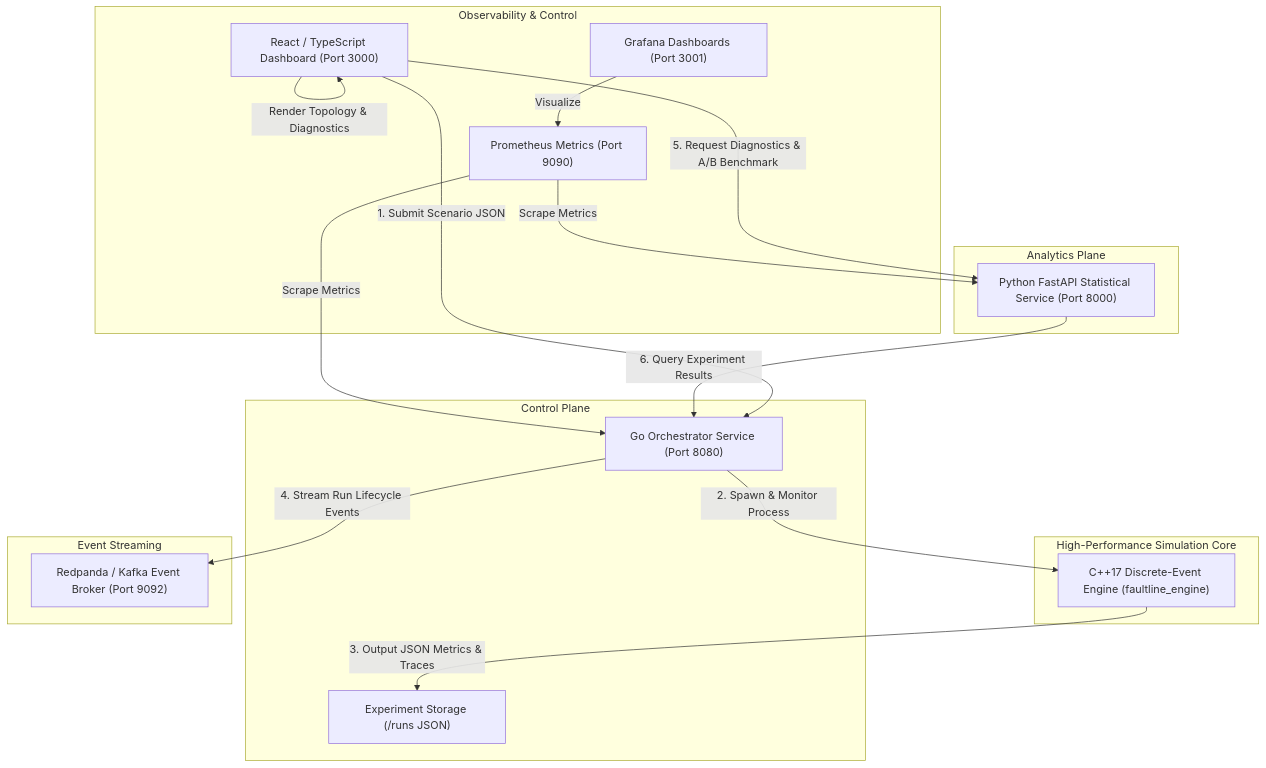
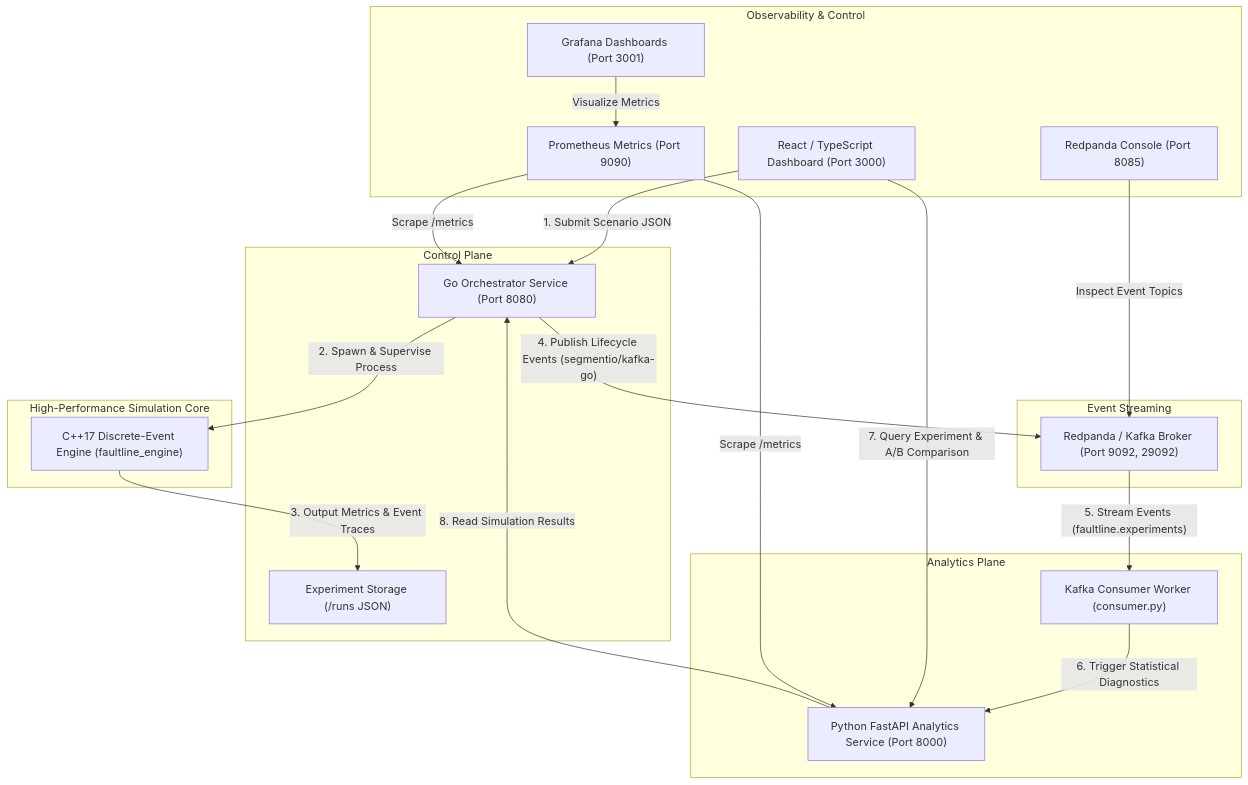
The diagram in README.md (rahul-1909/faultline-simulator), drawn with Mermaid before and after one commit. The commit also changed other lines of this file and 7 other files, not shown here.

Commit message:
fix(pipeline): add kafka consumer service, dynamic topic configuration, e2e lifecycle tests, and compose CI check

````diff
--- a/README.md
+++ b/README.md
@@ -32,36 +32,40 @@
 ```mermaid
 flowchart TD
     subgraph UI ["Observability & Control"]
         Dashboard["React / TypeScript Dashboard (Port 3000)"]
         Prometheus["Prometheus Metrics (Port 9090)"]
         Grafana["Grafana Dashboards (Port 3001)"]
+        Console["Redpanda Console (Port 8085)"]
     end
 
     subgraph Orchestration ["Control Plane"]
         GoOrch["Go Orchestrator Service (Port 8080)"]
         Runs["Experiment Storage (/runs JSON)"]
     end
 
     subgraph Simulation ["High-Performance Simulation Core"]
         CPPEngine["C++17 Discrete-Event Engine (faultline_engine)"]
     end
 
     subgraph Streaming ["Event Streaming"]
-        Redpanda["Redpanda / Kafka Event Broker (Port 9092)"]
+        Redpanda["Redpanda / Kafka Broker (Port 9092, 29092)"]
     end
 
     subgraph Analytics ["Analytics Plane"]
-        PyAnalytics["Python FastAPI Statistical Service (Port 8000)"]
+        PyAnalytics["Python FastAPI Analytics Service (Port 8000)"]
+        PyConsumer["Kafka Consumer Worker (consumer.py)"]
     end
 
     Dashboard -->|"1. Submit Scenario JSON"| GoOrch
-    GoOrch -->|"2. Spawn & Monitor Process"| CPPEngine
-    CPPEngine -->|"3. Output JSON Metrics & Traces"| Runs
-    GoOrch -->|"4. Stream Run Lifecycle Events"| Redpanda
-    Dashboard -->|"5. Request Diagnostics & A/B Benchmark"| PyAnalytics
-    PyAnalytics -->|"6. Query Experiment Results"| GoOrch
-    Prometheus -->|"Scrape Metrics"| GoOrch
-    Prometheus -->|"Scrape Metrics"| PyAnalytics
-    Grafana -->|"Visualize"| Prometheus
-    Dashboard -->|"Render Topology & Diagnostics"| Dashboard
+    GoOrch -->|"2. Spawn & Supervise Process"| CPPEngine
+    CPPEngine -->|"3. Output Metrics & Event Traces"| Runs
+    GoOrch -->|"4. Publish Lifecycle Events (segmentio/kafka-go)"| Redpanda
+    Redpanda -->|"5. Stream Events (faultline.experiments)"| PyConsumer
+    PyConsumer -->|"6. Trigger Statistical Diagnostics"| PyAnalytics
+    Dashboard -->|"7. Query Experiment & A/B Comparison"| PyAnalytics
+    PyAnalytics -->|"8. Read Simulation Results"| GoOrch
+    Prometheus -->|"Scrape /metrics"| GoOrch
+    Prometheus -->|"Scrape /metrics"| PyAnalytics
+    Grafana -->|"Visualize Metrics"| Prometheus
+    Console -->|"Inspect Event Topics"| Redpanda
 ```
````
